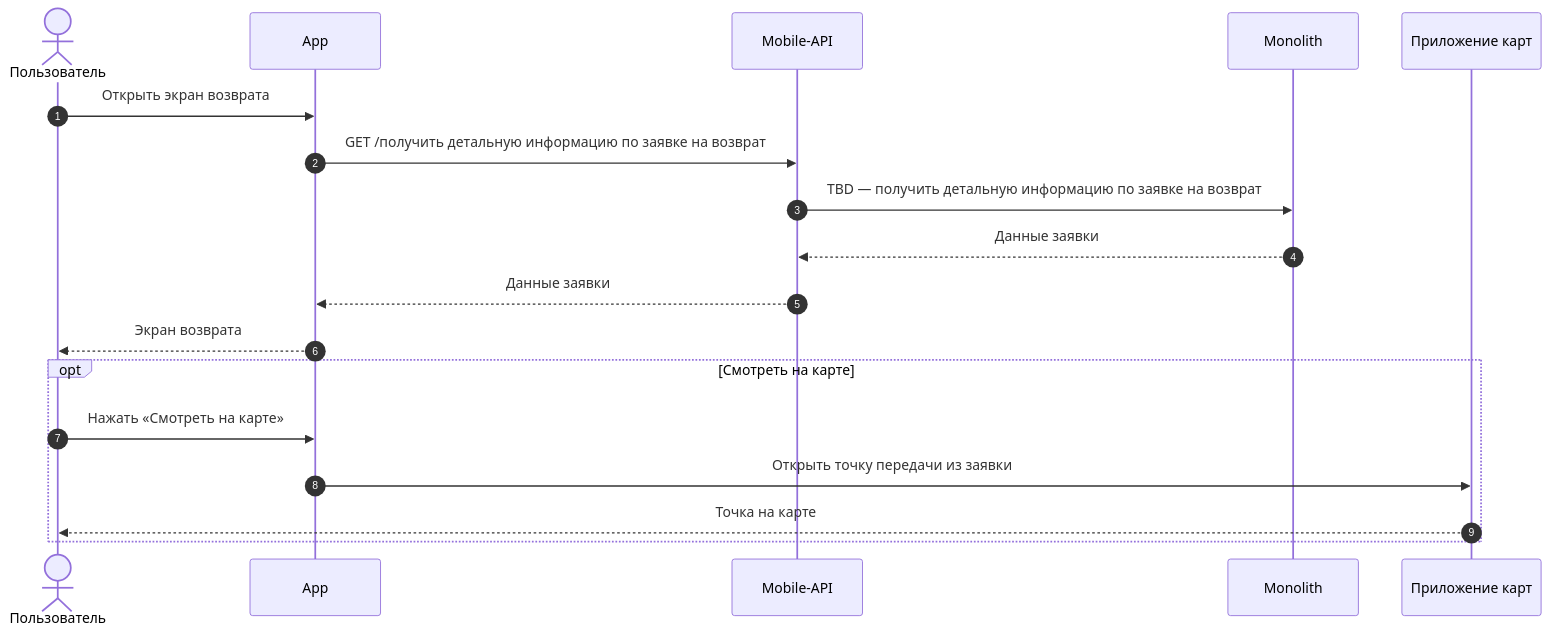
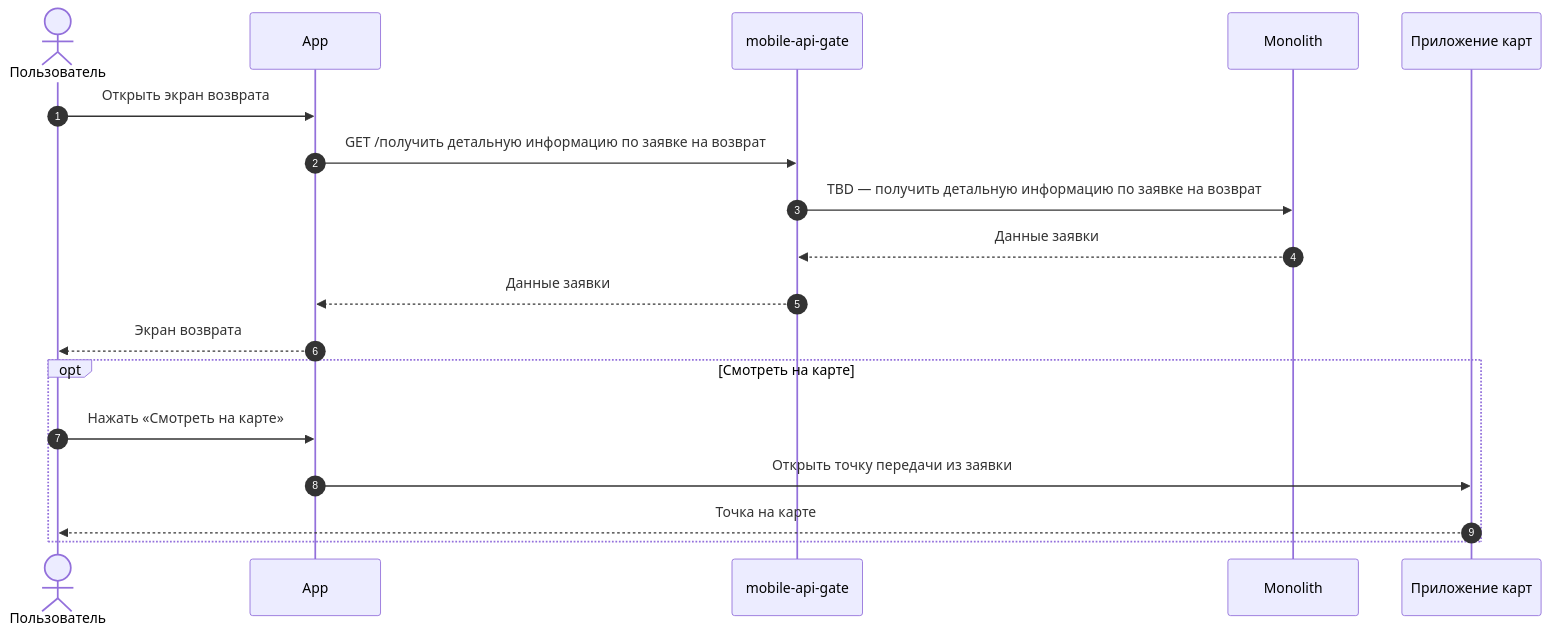
Before and after one commit to Terinss155/opencode-agents-analysis: diagram 19 of 21 in projects/returns-2.0/requirements/srs/srs-mobile-mvp.md, drawn with Mermaid. The commit also changed other lines of this file and 28 other files, not shown here.

````diff
--- a/projects/returns-2.0/requirements/srs/srs-mobile-mvp.md
+++ b/projects/returns-2.0/requirements/srs/srs-mobile-mvp.md
@@ -1293,22 +1280,22 @@
 ```mermaid
 sequenceDiagram
     autonumber
     actor U as Пользователь
     participant APP as App
-    participant API as Mobile-API
+    participant API as mobile-api-gate
     participant MON as Monolith
     participant MAP as Приложение карт
 
     U->>APP: Открыть экран возврата
     APP->>API: GET /получить детальную информацию по заявке на возврат
     API->>MON: TBD — получить детальную информацию по заявке на возврат
     MON-->>API: Данные заявки
     API-->>APP: Данные заявки
     APP-->>U: Экран возврата
 
     opt Смотреть на карте
         U->>APP: Нажать «Смотреть на карте»
         APP->>MAP: Открыть точку передачи из заявки
         MAP-->>U: Точка на карте
     end
 ```
````
